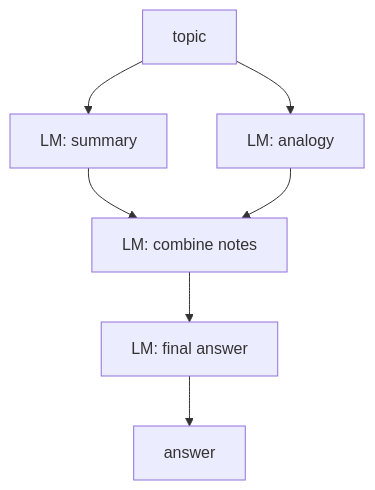
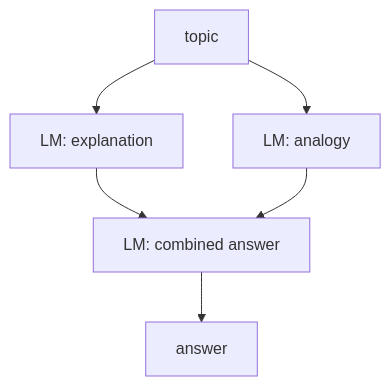
Before and after one commit to ASEM000/autoform: the diagram in docs/recipes/core/concurrent-pipeline.md, drawn with Mermaid. The commit also changed other lines of this file and 53 other files, not shown here.

````diff
--- a/docs/recipes/core/concurrent-pipeline.md
+++ b/docs/recipes/core/concurrent-pipeline.md
@@ -53,9 +51,8 @@
 ```{mermaid}
 flowchart TD
-    topic["topic"] --> summary["LM: summary"]
+    topic["topic"] --> summary["LM: explanation"]
     topic --> analogy["LM: analogy"]
-    summary --> join["LM: combine notes"]
+    summary --> join["LM: combined answer"]
     analogy --> join
-    join --> final["LM: final answer"]
-    final --> answer["answer"]
+    join --> answer["answer"]
 ```
````
